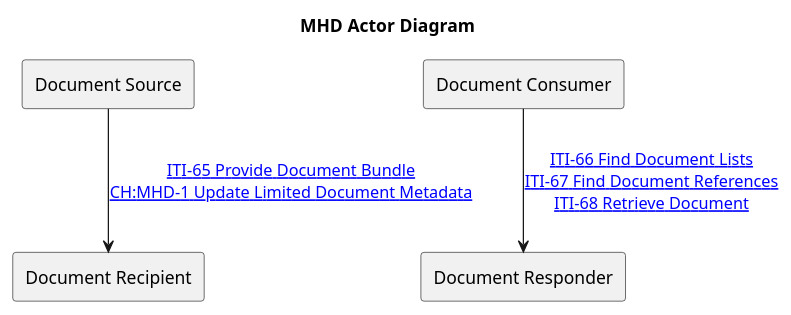
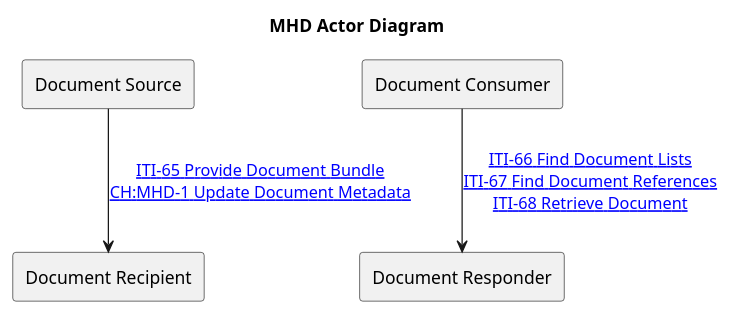
One commit to ehealthsuisse/ch-epr-fhir changed the diagram in input/images-source/MHD_actor_diagram.plantuml. Above: the diagram before and after it, drawn with PlantUML. The commit also changed 11 other files, not shown here.

```diff
--- a/input/images-source/MHD_actor_diagram.plantuml
+++ b/input/images-source/MHD_actor_diagram.plantuml
@@ -1,10 +1,10 @@
 @startuml
 ' https://github.com/IHE/ITI.MHD/blob/master/input/images-source/ActorsAndTransactions.plantuml
 title MHD Actor Diagram
 agent "Document Source" as DocumentSource
 agent "Document Consumer" as DocumentConsumer
 agent "Document Responder" as DocumentResponder
 agent "Document Recipient" as DocumentRecipient
 DocumentConsumer --> DocumentResponder : "[[iti-66.html ITI-66 Find Document Lists]]\n[[ITI-67.html ITI-67 Find Document References]]\n[[iti-68.html ITI-68 Retrieve Document]]"
-DocumentSource --> DocumentRecipient : "[[iti-65.html ITI-65 Provide Document Bundle]]\n[[ch-mhd-1.html CH:MHD-1 Update Limited Document Metadata]]"
+DocumentSource --> DocumentRecipient : "[[iti-65.html ITI-65 Provide Document Bundle]]\n[[ch-mhd-1.html CH:MHD-1 Update Document Metadata]]"
 @enduml
```
